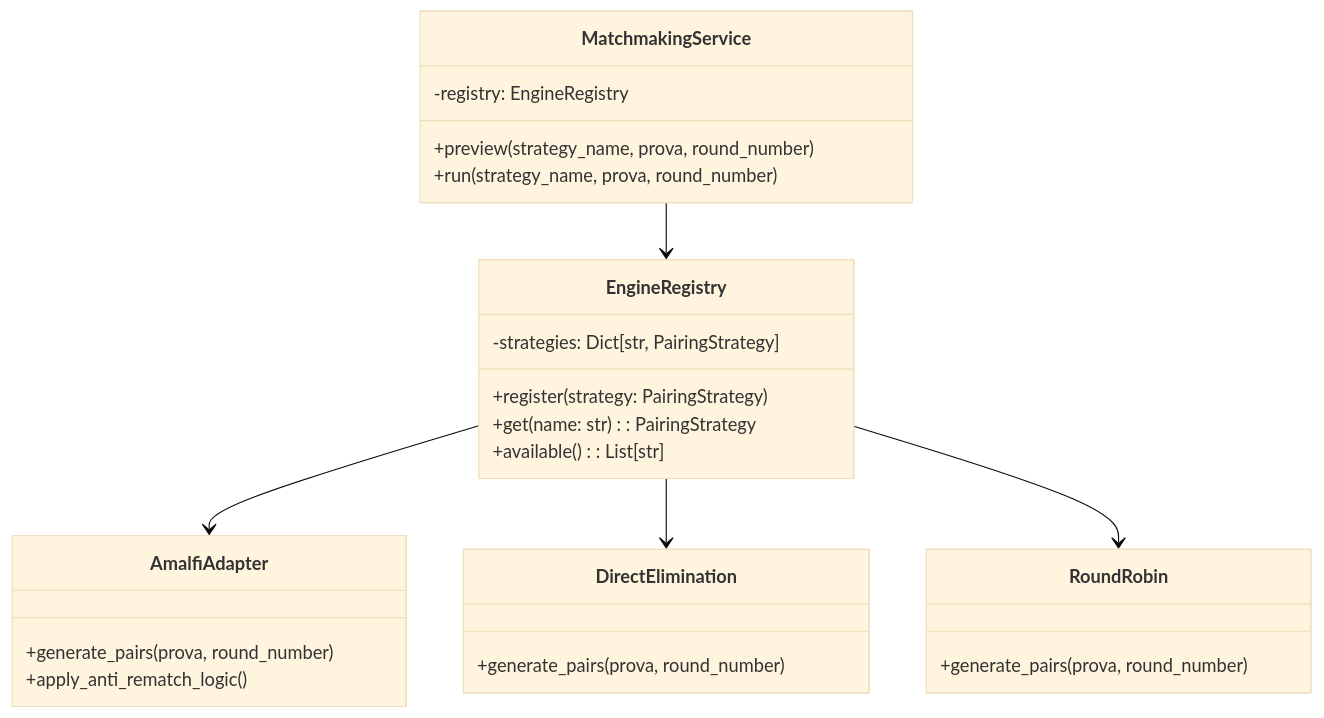
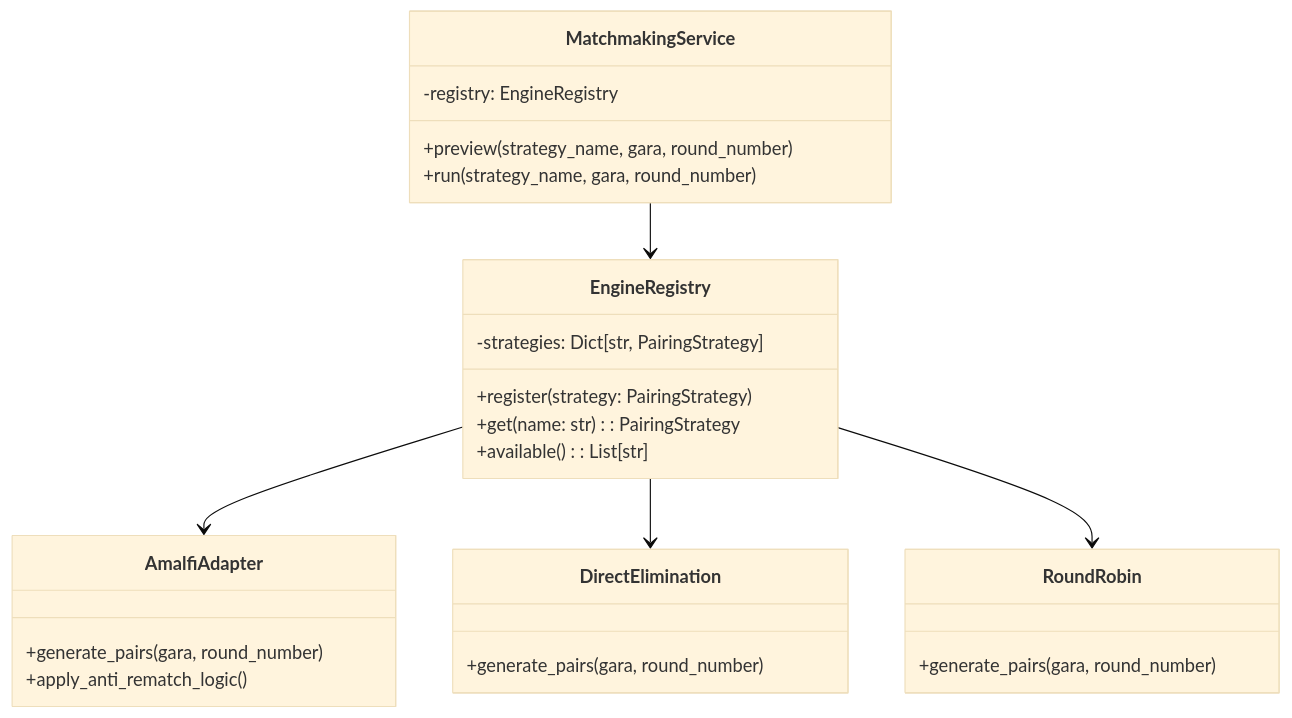
One commit to coppolapaolo/tornei-biliardo changed the third of 6 diagrams in .qoder/quests/code-refactoring.md. Above: the diagram before and after it, drawn with Mermaid (base theme). The commit also changed other lines of this file and 277 other files, not shown here.

First line of the commit message:
refactor: rename Prova->Gara and Tournament/Torneo->Campionato

````diff
--- a/.qoder/quests/code-refactoring.md
+++ b/.qoder/quests/code-refactoring.md
@@ -192,33 +192,33 @@
 ```mermaid
 classDiagram
     class MatchmakingService {
         -registry: EngineRegistry
-        +preview(strategy_name, prova, round_number)
-        +run(strategy_name, prova, round_number)
+        +preview(strategy_name, gara, round_number)
+        +run(strategy_name, gara, round_number)
     }
     
     class EngineRegistry {
         -strategies: Dict[str, PairingStrategy]
         +register(strategy: PairingStrategy)
         +get(name: str): PairingStrategy
         +available(): List[str]
     }
     
     class AmalfiAdapter {
-        +generate_pairs(prova, round_number)
+        +generate_pairs(gara, round_number)
         +apply_anti_rematch_logic()
     }
     
     class DirectElimination {
-        +generate_pairs(prova, round_number)
+        +generate_pairs(gara, round_number)
     }
     
     class RoundRobin {
-        +generate_pairs(prova, round_number)
+        +generate_pairs(gara, round_number)
     }
     
     MatchmakingService --> EngineRegistry
     EngineRegistry --> AmalfiAdapter
     EngineRegistry --> DirectElimination
     EngineRegistry --> RoundRobin
 ```
````
